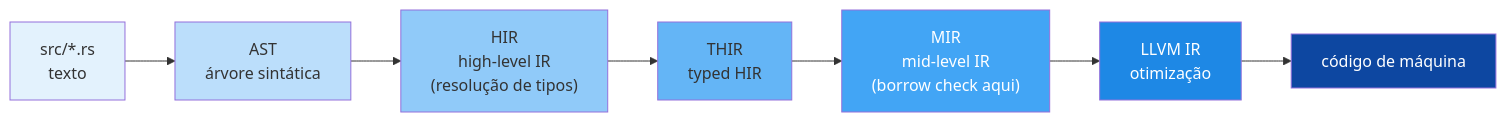
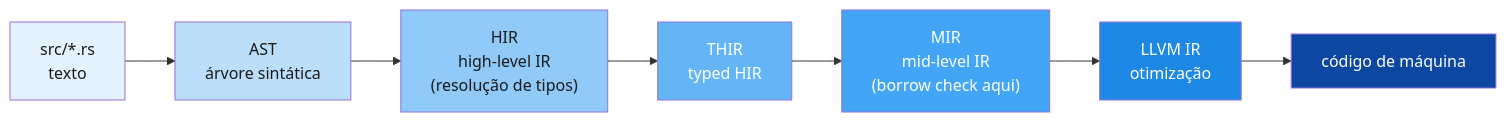
Before and after one commit to Felipeness/ferro-e-espirito: the diagram in book/part-20-frontiers/ch59-compilador-internals.md, drawn with Mermaid. The commit also changed 56 other files, not shown here.

First line of the commit message:
fix: contraste de texto em diagramas mermaid

````diff
--- a/book/part-20-frontiers/ch59-compilador-internals.md
+++ b/book/part-20-frontiers/ch59-compilador-internals.md
@@ -13,25 +13,25 @@
 ```mermaid
 graph LR
     Source["src/*.rs<br/>texto"]
     AST["AST<br/>árvore sintática"]
     HIR["HIR<br/>high-level IR<br/>(resolução de tipos)"]
     THIR["THIR<br/>typed HIR"]
     MIR["MIR<br/>mid-level IR<br/>(borrow check aqui)"]
     LLVM["LLVM IR<br/>otimização"]
     OBJ["código de máquina"]
 
     Source --> AST
     AST --> HIR
     HIR --> THIR
     THIR --> MIR
     MIR --> LLVM
     LLVM --> OBJ
 
-    style Source fill:#e3f2fd
-    style AST fill:#bbdefb
-    style HIR fill:#90caf9
-    style THIR fill:#64b5f6
+    style Source fill:#e3f2fd,color:#1a1a1a
+    style AST fill:#bbdefb,color:#1a1a1a
+    style HIR fill:#90caf9,color:#1a1a1a
+    style THIR fill:#64b5f6,color:#ffffff
     style MIR fill:#42a5f5,color:#fff
     style LLVM fill:#1e88e5,color:#fff
     style OBJ fill:#0d47a1,color:#fff
 ```
````
